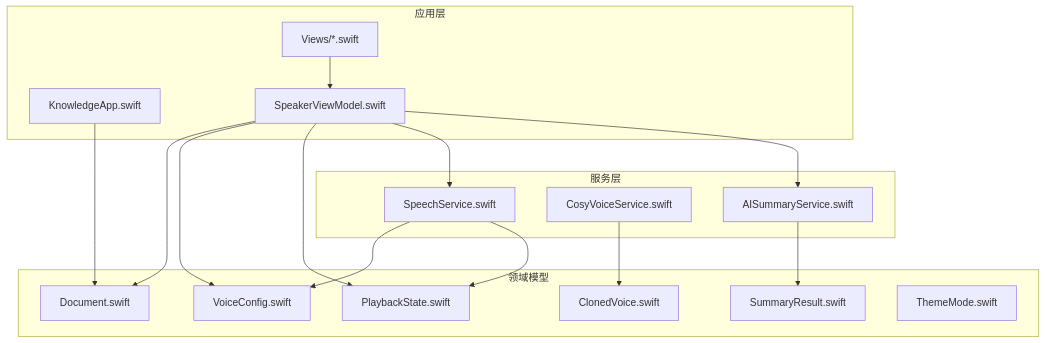
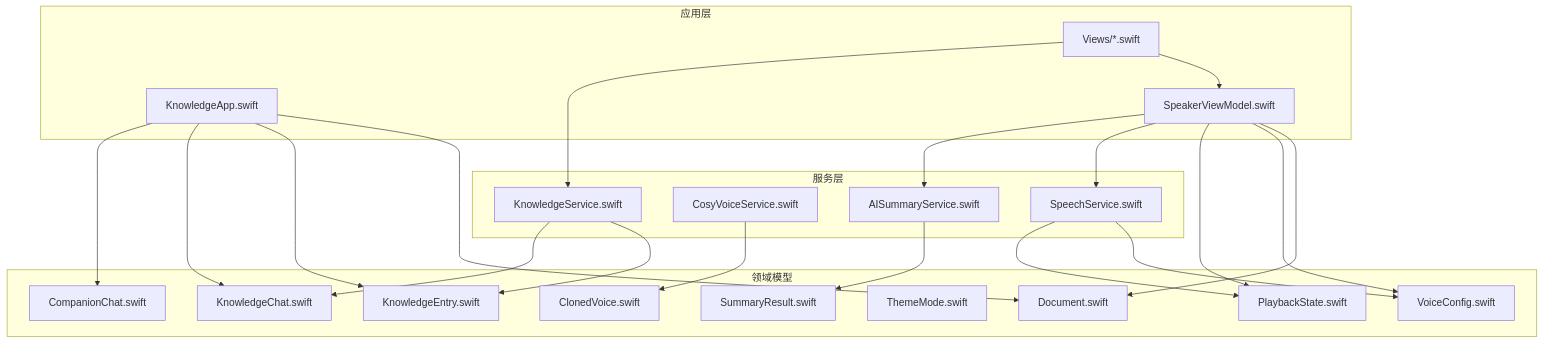
The first of 5 diagrams in .qoder/repowiki/zh/content/架构设计/数据模型设计.md (Primoguo/Knowledge), drawn with Mermaid before and after one commit. The commit also changed other lines of this file and 24 other files, not shown here.

````diff
--- a/.qoder/repowiki/zh/content/架构设计/数据模型设计.md
+++ b/.qoder/repowiki/zh/content/架构设计/数据模型设计.md
@@ -49,32 +63,42 @@
 ```mermaid
 graph TB
 subgraph "应用层"
 App["KnowledgeApp.swift"]
 Views["Views/*.swift"]
 VM["SpeakerViewModel.swift"]
 end
 subgraph "领域模型"
 Doc["Document.swift"]
 VC["VoiceConfig.swift"]
 SR["SummaryResult.swift"]
 PS["PlaybackState.swift"]
 CV["ClonedVoice.swift"]
 TM["ThemeMode.swift"]
+KE["KnowledgeEntry.swift"]
+KC["KnowledgeChat.swift"]
+CC["CompanionChat.swift"]
 end
 subgraph "服务层"
 AIS["AISummaryService.swift"]
 CVS["CosyVoiceService.swift"]
 SS["SpeechService.swift"]
+KS["KnowledgeService.swift"]
 end
 App --> Doc
+App --> KE
+App --> KC
+App --> CC
 Views --> VM
+Views --> KS
 VM --> Doc
 VM --> VC
 VM --> PS
 VM --> SS
 VM --> AIS
 AIS --> SR
 SS --> VC
 SS --> PS
 CVS --> CV
+KS --> KE
+KS --> KC
 ```
````
